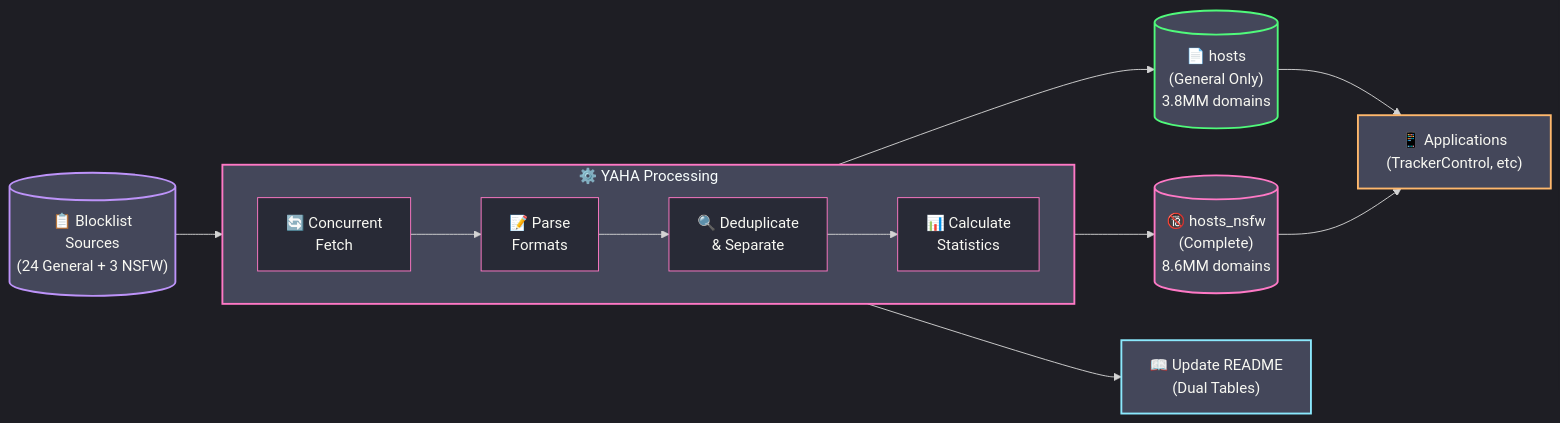
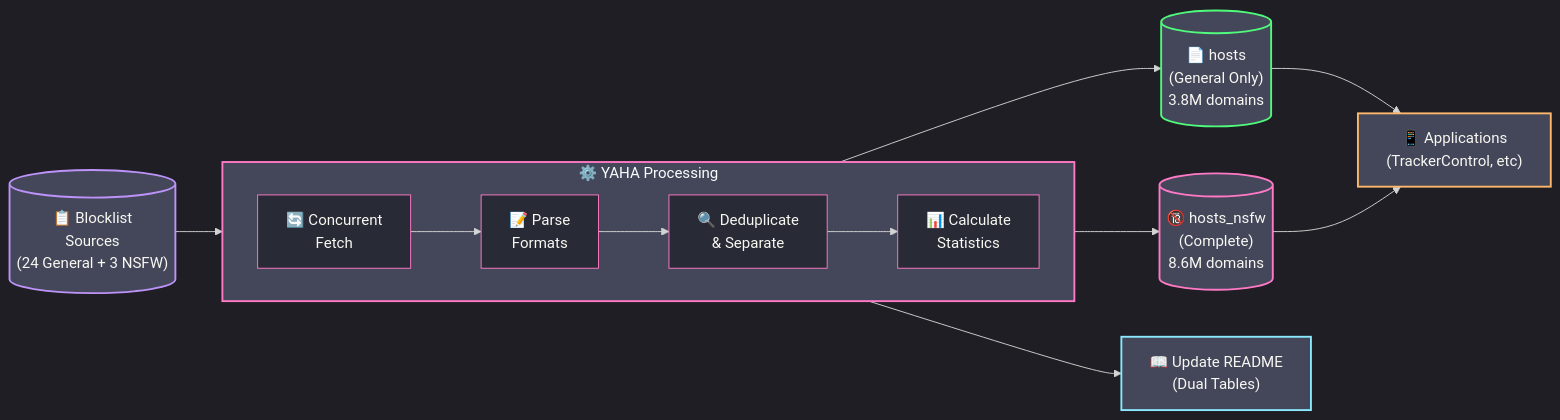
One commit to scottdraper8/yaha changed the diagram in README.md. Above: the diagram before and after it, drawn with Mermaid.

Commit message:
Typo fix in totals

````diff
--- a/README.md
+++ b/README.md
@@ -42,35 +42,35 @@
 ```mermaid
 %%{init: {'theme': 'dark', 'themeVariables': {
     'primaryColor': '#ff79c6',
     'secondaryColor': '#bd93f9',
     'tertiaryColor': '#44475a',
     'mainBkg': '#282a36',
     'nodeBorder': '#ff79c6',
     'clusterBkg': '#44475a',
     'clusterBorder': '#bd93f9',
     'textColor': '#f8f8f2'
 }}}%%
 flowchart LR
     Sources[("📋 Blocklist<br/>Sources<br/>(24 General + 3 NSFW)")] --> Fetch
 
     subgraph Process["⚙️ YAHA Processing"]
         direction LR
         Fetch["🔄 Concurrent<br/>Fetch"] --> Parse["📝 Parse<br/>Formats"]
         Parse --> Dedupe["🔍 Deduplicate<br/>& Separate"]
         Dedupe --> Stats["📊 Calculate<br/>Statistics"]
     end
 
-    Stats --> Output1[("📄 hosts<br/>(General Only)<br/>3.8MM domains")]
-    Stats --> Output2[("🔞 hosts_nsfw<br/>(Complete)<br/>8.6MM domains")]
+    Stats --> Output1[("📄 hosts<br/>(General Only)<br/>3.8M domains")]
+    Stats --> Output2[("🔞 hosts_nsfw<br/>(Complete)<br/>8.6M domains")]
     Stats --> README["📖 Update README<br/>(Dual Tables)"]
 
     Output1 --> Apps["📱 Applications<br/>(TrackerControl, etc)"]
     Output2 --> Apps
 
     style Sources fill:#44475a,stroke:#bd93f9,stroke-width:2px
     style Process fill:#44475a,stroke:#ff79c6,stroke-width:2px
     style Output1 fill:#44475a,stroke:#50fa7b,stroke-width:2px
     style Output2 fill:#44475a,stroke:#ff79c6,stroke-width:2px
     style README fill:#44475a,stroke:#8be9fd,stroke-width:2px
     style Apps fill:#44475a,stroke:#ffb86c,stroke-width:2px
 ```
````
